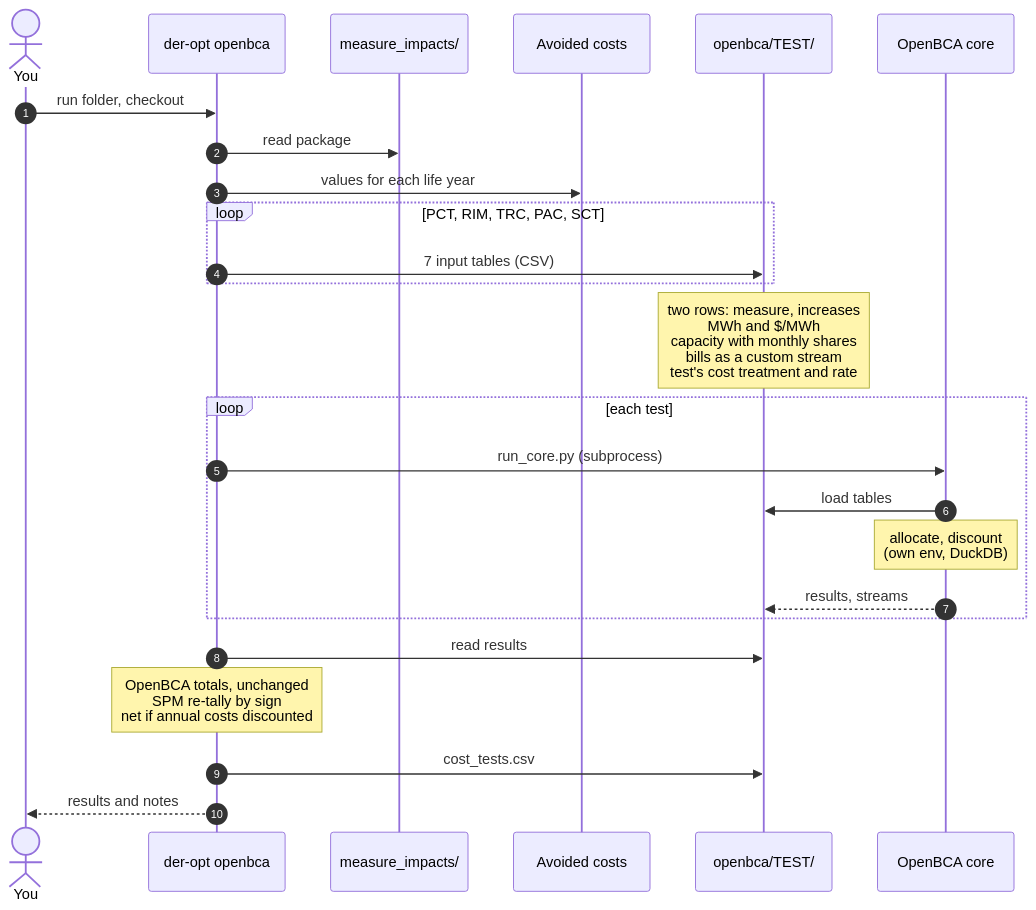
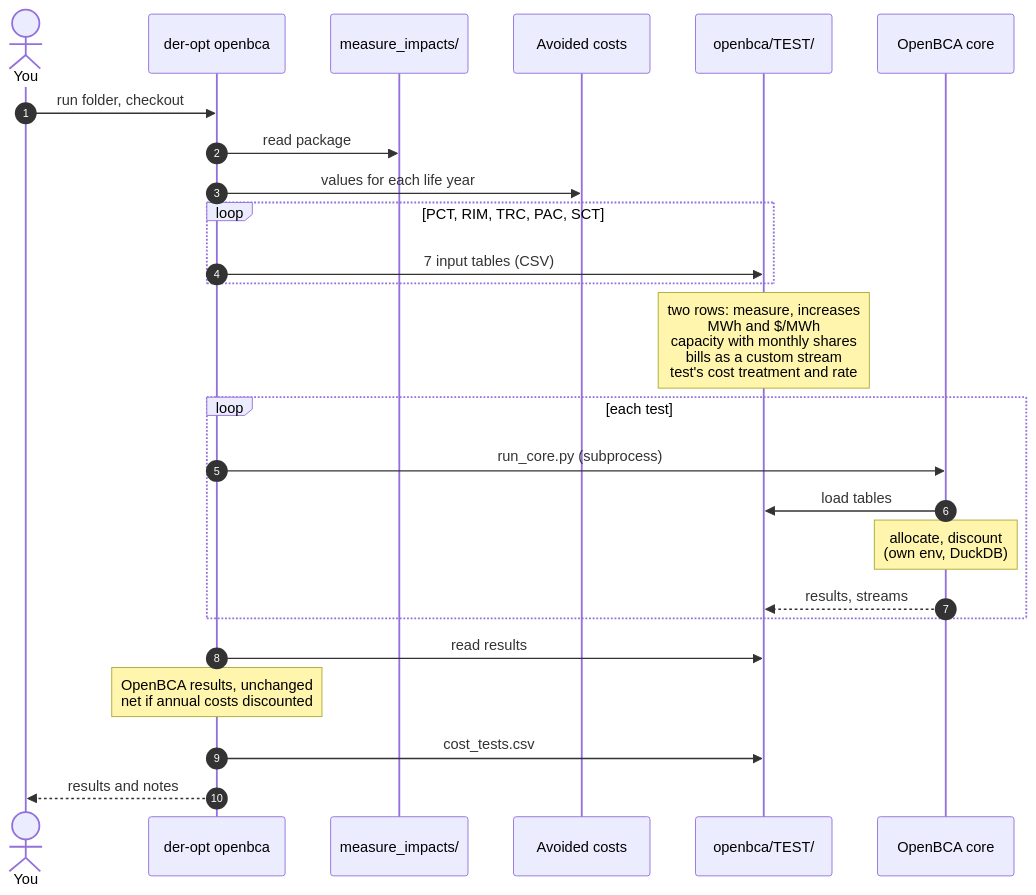
The second of 2 diagrams in docs/ARCHITECTURE.md (seanfearley-dot/der_opt), drawn with Mermaid before and after one commit. The commit also changed 9 other files, not shown here.

First line of the commit message:
Cost tests: OpenBCA's results alone

````diff
--- a/docs/ARCHITECTURE.md
+++ b/docs/ARCHITECTURE.md
@@ -90,28 +90,28 @@
 ```mermaid
 sequenceDiagram
     autonumber
     actor U as You
     participant CLI as der-opt openbca
     participant P as measure_impacts/
     participant AC as Avoided costs
     participant T as openbca/TEST/
     participant OB as OpenBCA core
 
     U->>CLI: run folder, checkout
     CLI->>P: read package
     CLI->>AC: values for each life year
     loop PCT, RIM, TRC, PAC, SCT
         CLI->>T: 7 input tables (CSV)
     end
     Note over T: two rows: measure, increases<br/>MWh and $/MWh<br/>capacity with monthly shares<br/>bills as a custom stream<br/>test's cost treatment and rate
     loop each test
         CLI->>OB: run_core.py (subprocess)
         OB->>T: load tables
         Note over OB: allocate, discount<br/>(own env, DuckDB)
         OB-->>T: results, streams
     end
     CLI->>T: read results
-    Note over CLI: OpenBCA totals, unchanged<br/>SPM re-tally by sign<br/>net if annual costs discounted
+    Note over CLI: OpenBCA results, unchanged<br/>net if annual costs discounted
     CLI->>T: cost_tests.csv
     CLI-->>U: results and notes
 ```
````
